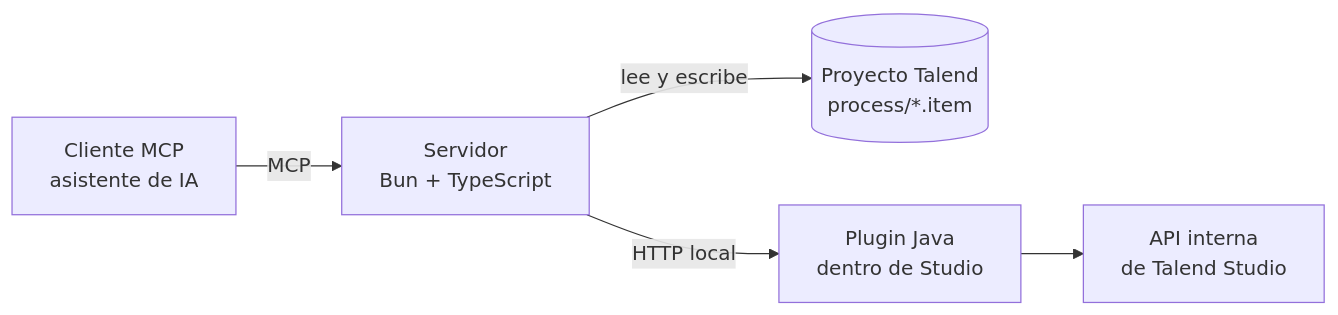
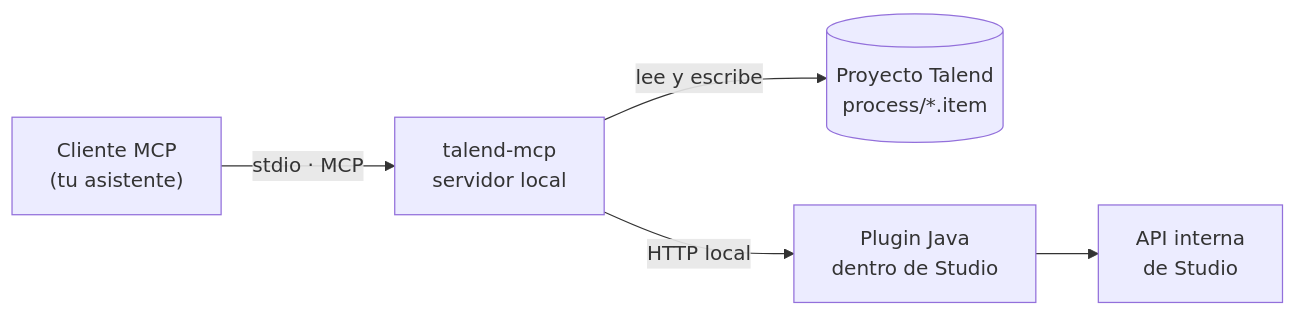
The diagram in README.md (AndresGaibor/talend-mcp), drawn with Mermaid before and after one commit. The commit also changed other lines of this file and 5 other files, not shown here.

````diff
--- a/README.md
+++ b/README.md
@@ -156,7 +133,7 @@
 ```mermaid
 flowchart LR
-    A[Cliente MCP<br/>asistente de IA] -->|MCP| B[Servidor<br/>Bun + TypeScript]
-    B -->|lee y escribe| C[(Proyecto Talend<br/>process/*.item)]
-    B -->|HTTP local| D[Plugin Java<br/>dentro de Studio]
-    D --> E[API interna<br/>de Talend Studio]
+    A["Cliente MCP<br/>(tu asistente)"] -- "stdio · MCP" --> B["talend-mcp<br/>servidor local"]
+    B -- "lee y escribe" --> C[("Proyecto Talend<br/>process/*.item")]
+    B -- "HTTP local" --> D["Plugin Java<br/>dentro de Studio"]
+    D --> E["API interna<br/>de Studio"]
 ```
````
